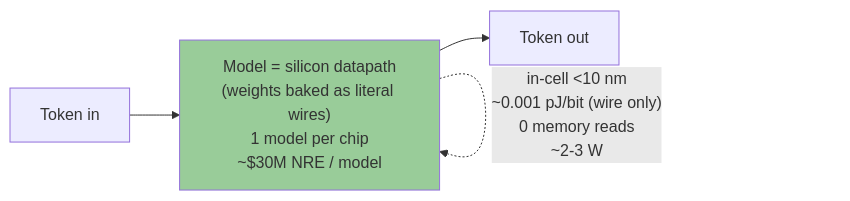
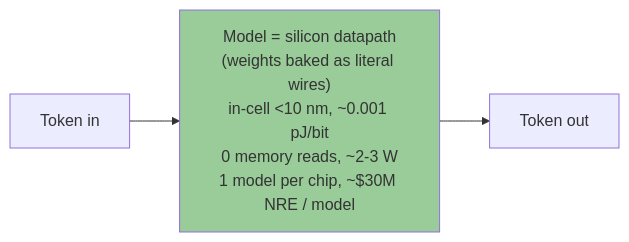
One commit to michaelhuo2030/millisecond-era changed the third of 5 diagrams in README.md. Above: the diagram before and after it, drawn with Mermaid. The commit also changed other lines of this file and 1 other file, not shown here.

First line of the commit message:
mermaid layout fix: remove redundant self-loops, fold per-node metrics inline

````diff
--- a/README.md
+++ b/README.md
@@ -97,7 +95,6 @@
 ```mermaid
 flowchart LR
-    T1[Token in] --> ASIC["Model = silicon datapath<br/>(weights baked as literal wires)<br/>1 model per chip<br/>~$30M NRE / model"]
-    ASIC -.->|"in-cell &lt;10 nm<br/>~0.001 pJ/bit (wire only)<br/>0 memory reads<br/>~2-3 W"| ASIC
+    T1[Token in] --> ASIC["Model = silicon datapath<br/>(weights baked as literal wires)<br/>in-cell &lt;10 nm, ~0.001 pJ/bit<br/>0 memory reads, ~2-3 W<br/>1 model per chip, ~$30M NRE / model"]
     ASIC --> T2[Token out]
     style ASIC fill:#9c9
 ```
````
